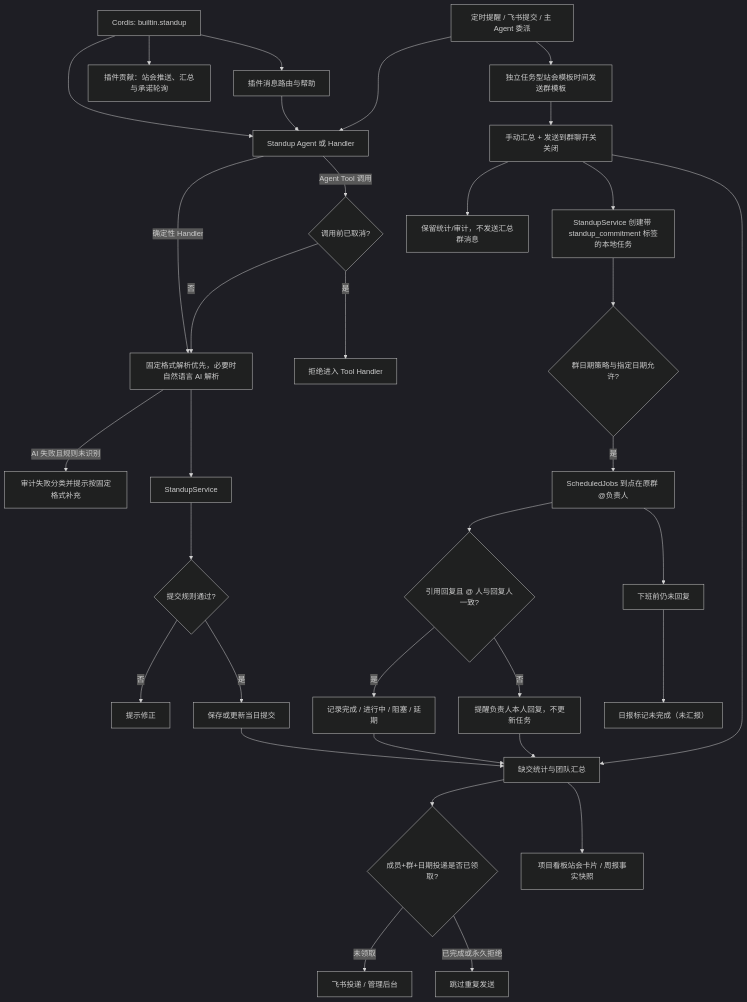
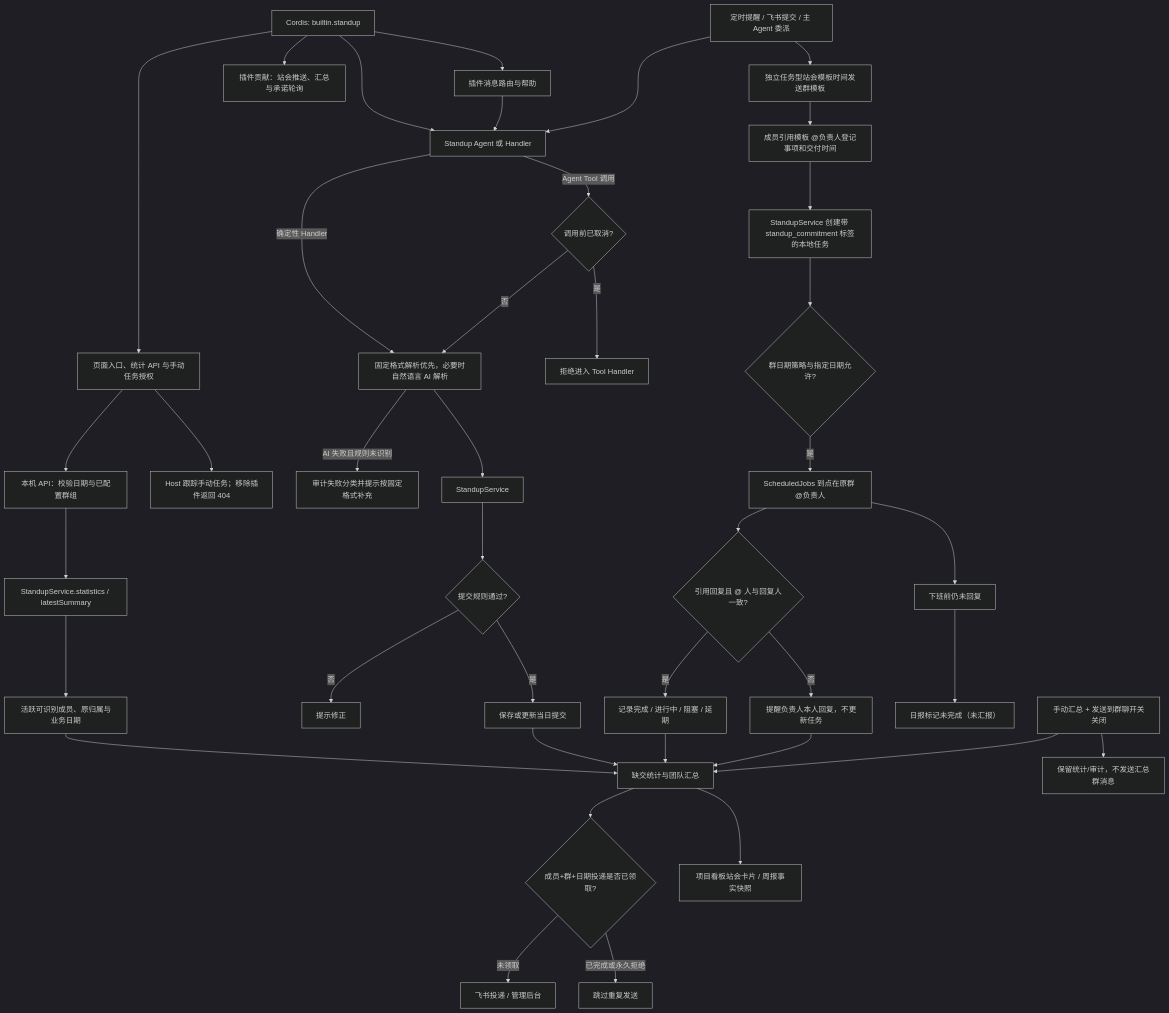
Before and after one commit to KlayPeter/AI-Delivery-Ops-Agent: the diagram in backend/src/domains/standup/FEATURE.md, drawn with Mermaid (dark theme). The commit also changed other lines of this file and 39 other files, not shown here.

Commit message:
feat: let plugins own Web entries and manual job access

````diff
--- a/backend/src/domains/standup/FEATURE.md
+++ b/backend/src/domains/standup/FEATURE.md
@@ -22,36 +22,42 @@
 ```mermaid
 flowchart TD
     PL["Cordis: builtin.standup"] --> B
     PL --> MR["插件消息路由与帮助"]
     PL --> GS["插件贡献：站会推送、汇总与承诺轮询"]
+    PL --> WEB[页面入口、统计 API 与手动任务授权]
+    WEB --> API[本机 API：校验日期与已配置群组]
+    API --> ST[StandupService.statistics / latestSummary]
+    ST --> ACTIVE[活跃可识别成员、原归属与业务日期]
+    ACTIVE --> H
+    WEB --> MJ[Host 跟踪手动任务；移除插件返回 404]
     MR --> B
     A["定时提醒 / 飞书提交 / 主 Agent 委派"] --> B["Standup Agent 或 Handler"]
     B -- "确定性 Handler" --> C["固定格式解析优先，必要时自然语言 AI 解析"]
     B -- "Agent Tool 调用" --> TC{"调用前已取消?"}
     TC -- 否 --> C
     TC -- 是 --> TX["拒绝进入 Tool Handler"]
     C -- "AI 失败且规则未识别" --> X["审计失败分类并提示按固定格式补充"]
     C --> D["StandupService"]
     D --> E{"提交规则通过?"}
     E -- 否 --> F["提示修正"]
     E -- 是 --> G["保存或更新当日提交"]
     G --> H["缺交统计与团队汇总"]
     A --> M["独立任务型站会模板时间发送群模板"]
     M --> M2["成员引用模板 @负责人登记事项和交付时间"]
     M2 --> N["StandupService 创建带 standup_commitment 标签的本地任务"]
     N --> HC{"群日期策略与指定日期允许?"}
     HC -- "是" --> O["ScheduledJobs 到点在原群 @负责人"]
     O --> P{"引用回复且 @ 人与回复人一致?"}
     P -- "是" --> Q["记录完成 / 进行中 / 阻塞 / 延期"]
     P -- "否" --> R["提醒负责人本人回复，不更新任务"]
     O --> R2["下班前仍未回复"]
     R2 --> R3["日报标记未完成（未汇报）"]
     Q --> H
     R --> H
     H --> K{"成员+群+日期投递是否已领取?"}
     K -- "未领取" --> I["飞书投递 / 管理后台"]
     K -- "已完成或永久拒绝" --> L["跳过重复发送"]
-    M2["手动汇总 + 发送到群聊开关关闭"] --> H
-    M2 --> N2["保留统计/审计，不发送汇总群消息"]
+    MANUAL["手动汇总 + 发送到群聊开关关闭"] --> H
+    MANUAL --> N2["保留统计/审计，不发送汇总群消息"]
     H --> J["项目看板站会卡片 / 周报事实快照"]
 ```
````
